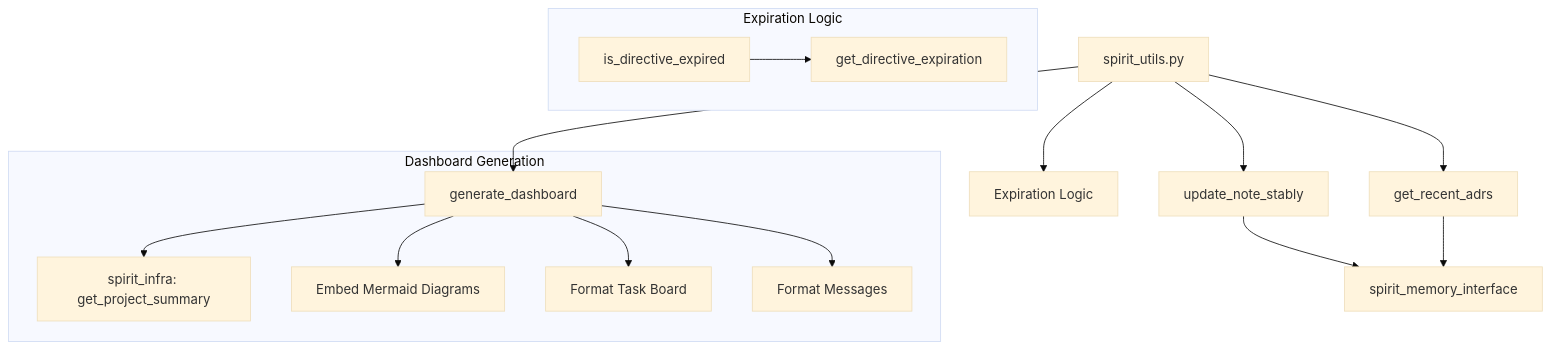
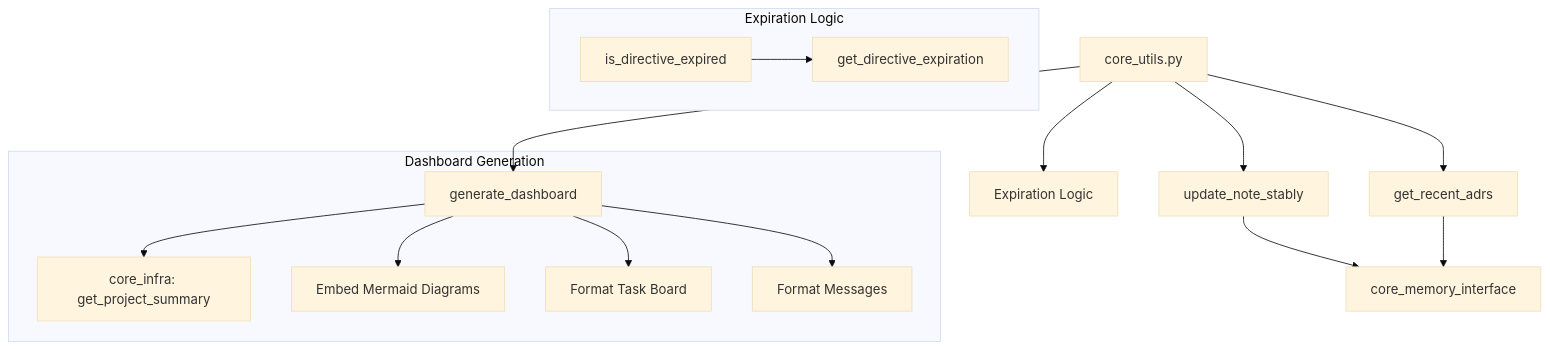
Before and after one commit to kodicw/nixspirit: diagram 13 of 14 in INDEX.md, drawn with Mermaid (base theme). The commit also changed other lines of this file and 78 other files, not shown here.

Commit message:
refactor: transition to project-agnostic core framework with centralized constants

````diff
--- a/INDEX.md
+++ b/INDEX.md
@@ -356,23 +356,23 @@
 ```mermaid
 graph TD
-    UTILS[spirit_utils.py] --> UNS[update_note_stably]
+    UTILS[core_utils.py] --> UNS[update_note_stably]
     UTILS --> ADR[get_recent_adrs]
     UTILS --> EXP[Expiration Logic]
     UTILS --> DASH[generate_dashboard]
 
     subgraph "Expiration Logic"
         GDE[get_directive_expiration]
         IDE[is_directive_expired]
         IDE --> GDE
     end
 
     subgraph "Dashboard Generation"
-        DASH --> infra[spirit_infra: get_project_summary]
+        DASH --> infra[core_infra: get_project_summary]
         DASH --> MER[Embed Mermaid Diagrams]
         DASH --> TASK[Format Task Board]
         DASH --> MSG[Format Messages]
     end
 
-    UNS --> mem[spirit_memory_interface]
+    UNS --> mem[core_memory_interface]
     ADR --> mem
 ```
````
